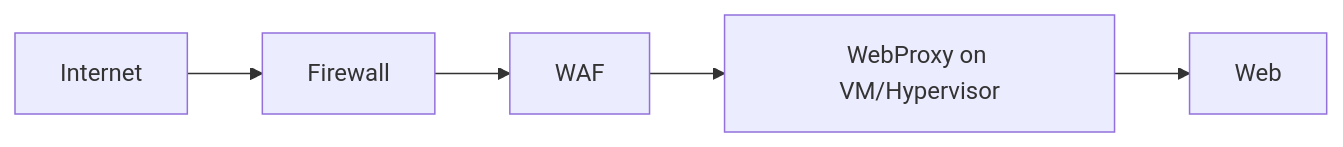
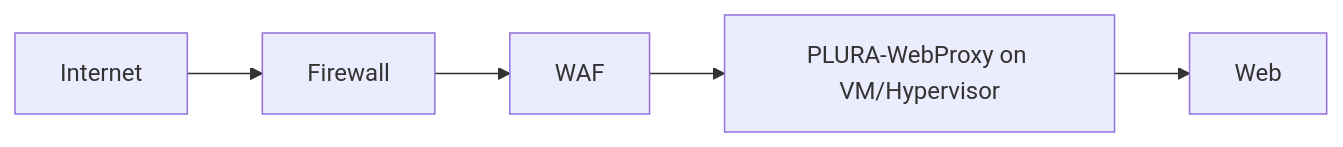
The seventh of 8 diagrams in content/ko/tech/plura-webproxy-architecture.md (qubitsec/blog), drawn with Mermaid before and after one commit. The commit also changed other lines of this file, not shown here.

````diff
--- a/content/ko/tech/plura-webproxy-architecture.md
+++ b/content/ko/tech/plura-webproxy-architecture.md
@@ -217,7 +316,7 @@
 ```mermaid
 flowchart LR
     A[Internet] --> B[Firewall]
     B --> C[WAF]
-    C --> D[WebProxy on VM/Hypervisor]
+    C --> D[PLURA-WebProxy on VM/Hypervisor]
     D --> E[Web]
 ```
````
